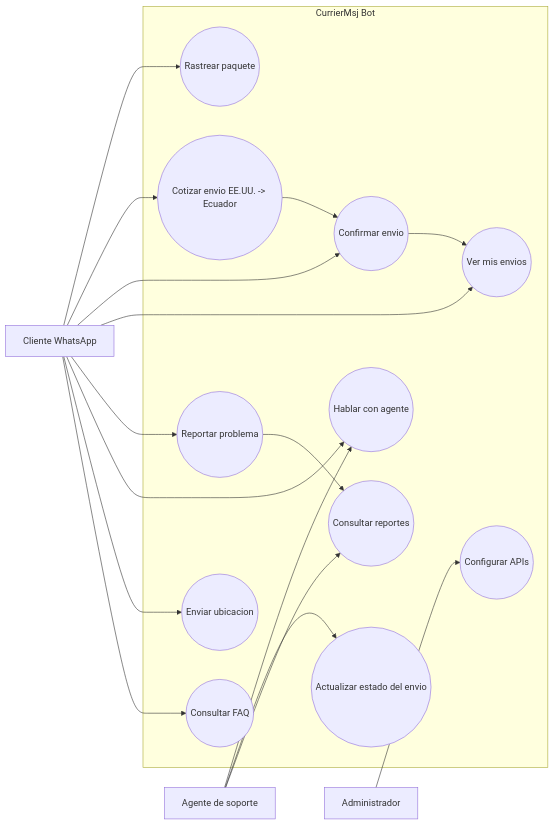
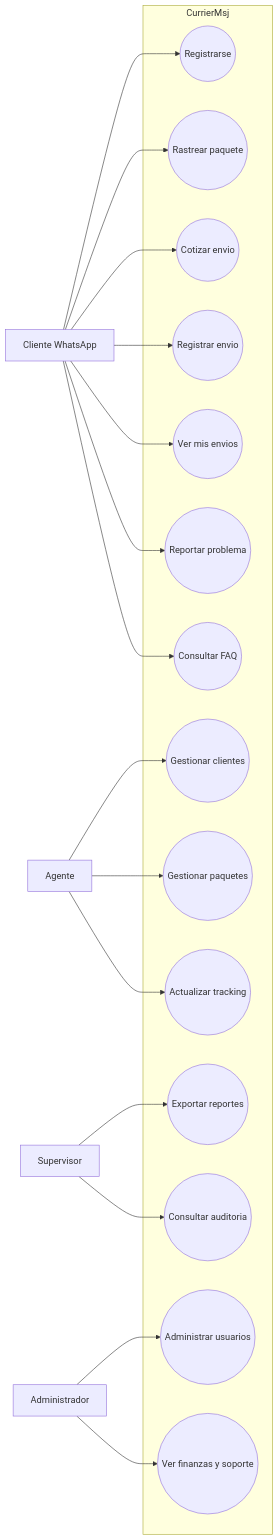
One commit to mateosimbana-collab/curriermsj changed the second of 8 diagrams in README.md. Above: the diagram before and after it, drawn with Mermaid. The commit also changed other lines of this file and 56 other files, not shown here.

````diff
--- a/README.md
+++ b/README.md
@@ -19,39 +88,39 @@
 ```mermaid
 flowchart LR
-    cliente[Cliente WhatsApp]
-    agente[Agente de soporte]
-    admin[Administrador]
+    Cliente[Cliente WhatsApp]
+    Agente[Agente]
+    Supervisor[Supervisor]
+    Admin[Administrador]
 
-    subgraph sistema[CurrierMsj Bot]
-        UC1((Rastrear paquete))
-        UC2((Cotizar envio EE.UU. -> Ecuador))
-        UC3((Confirmar envio))
-        UC4((Ver mis envios))
-        UC5((Reportar problema))
-        UC6((Hablar con agente))
-        UC7((Enviar ubicacion))
-        UC8((Consultar FAQ))
-        UC9((Actualizar estado del envio))
-        UC10((Consultar reportes))
-        UC11((Configurar APIs))
+    subgraph CurrierMsj
+        UC1((Registrarse))
+        UC2((Rastrear paquete))
+        UC3((Cotizar envio))
+        UC4((Registrar envio))
+        UC5((Ver mis envios))
+        UC6((Reportar problema))
+        UC7((Consultar FAQ))
+        UC8((Gestionar clientes))
+        UC9((Gestionar paquetes))
+        UC10((Actualizar tracking))
+        UC11((Exportar reportes))
+        UC12((Consultar auditoria))
+        UC13((Administrar usuarios))
+        UC14((Ver finanzas y soporte))
     end
 
-    cliente --> UC1
-    cliente --> UC2
-    cliente --> UC3
-    cliente --> UC4
-    cliente --> UC5
-    cliente --> UC6
-    cliente --> UC7
-    cliente --> UC8
-
-    agente --> UC6
-    agente --> UC9
-    agente --> UC10
-
-    admin --> UC11
-
-    UC2 --> UC3
-    UC3 --> UC4
-    UC5 --> UC10
+    Cliente --> UC1
+    Cliente --> UC2
+    Cliente --> UC3
+    Cliente --> UC4
+    Cliente --> UC5
+    Cliente --> UC6
+    Cliente --> UC7
+    Agente --> UC8
+    Agente --> UC9
+    Agente --> UC10
+    Supervisor --> UC11
+    Supervisor --> UC12
+    Admin --> UC13
+    Admin --> UC14
 ```
````
